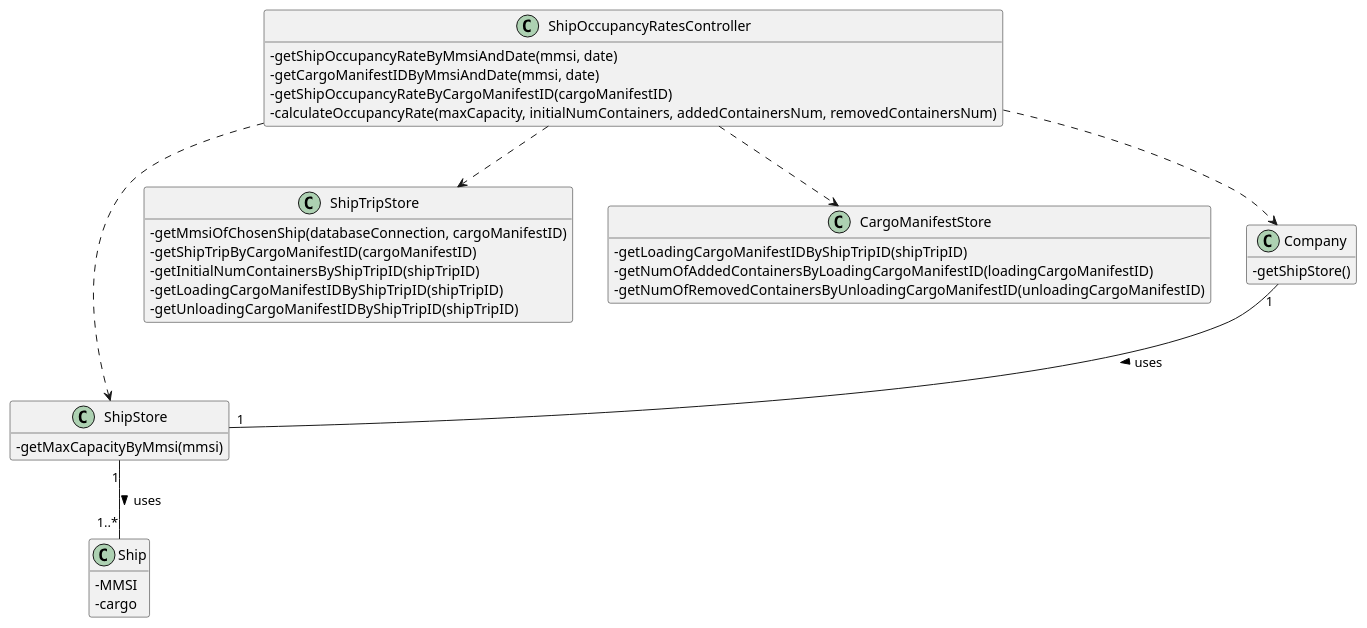
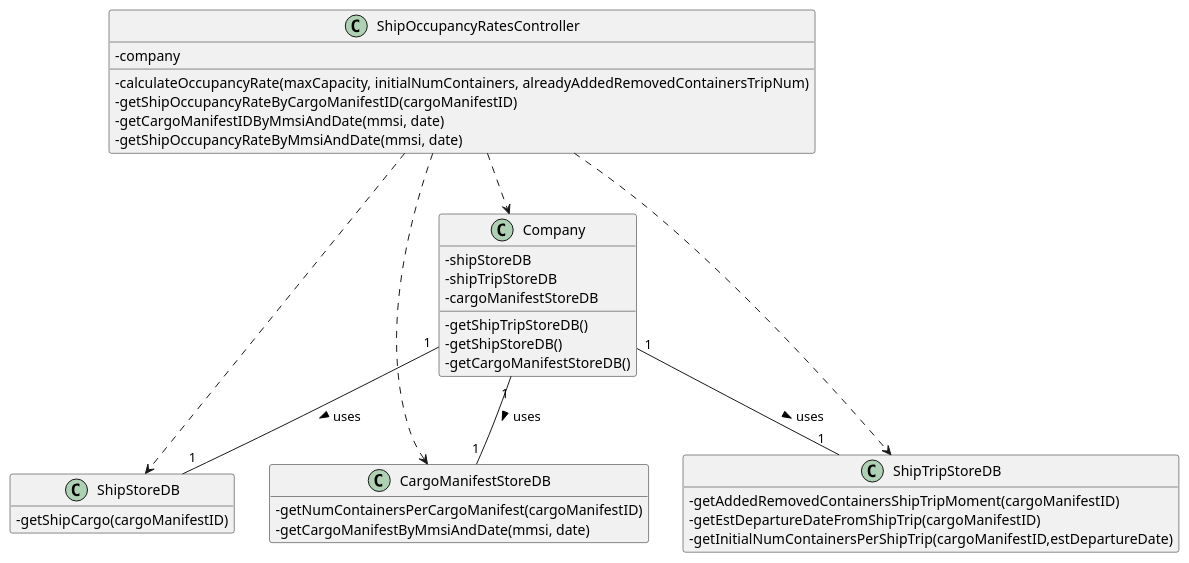
Before and after one commit to ana-albergaria/LAPR3-ISEP: the diagram in docs/US209/US_209_CD.puml, drawn with PlantUML. The commit also changed 3 other files, not shown here.

```diff
--- a/docs/US209/US_209_CD.puml
+++ b/docs/US209/US_209_CD.puml
@@ -1,59 +1,48 @@
 @startuml
 
 hide empty methods
 hide empty attributes
 'left to right direction
 skinparam classAttributeIconSize 0
 
 class ShipOccupancyRatesController{
+- company
+- calculateOccupancyRate(maxCapacity, initialNumContainers, alreadyAddedRemovedContainersTripNum)
+- getShipOccupancyRateByCargoManifestID(cargoManifestID)
+- getCargoManifestIDByMmsiAndDate(mmsi, date)
 - getShipOccupancyRateByMmsiAndDate(mmsi, date)
-- getCargoManifestIDByMmsiAndDate(mmsi, date)
-- getShipOccupancyRateByCargoManifestID(cargoManifestID)
-- calculateOccupancyRate(maxCapacity, initialNumContainers, addedContainersNum, removedContainersNum)
 }
 
-class ShipStore{
-- getMaxCapacityByMmsi(mmsi)
+class ShipStoreDB{
+- getShipCargo(cargoManifestID)
 }
 
-class ShipTripStore{
-- getMmsiOfChosenShip(databaseConnection, cargoManifestID)
-- getShipTripByCargoManifestID(cargoManifestID)
-- getInitialNumContainersByShipTripID(shipTripID)
-- getLoadingCargoManifestIDByShipTripID(shipTripID)
-- getUnloadingCargoManifestIDByShipTripID(shipTripID)
+class ShipTripStoreDB{
+- getAddedRemovedContainersShipTripMoment(cargoManifestID)
+- getEstDepartureDateFromShipTrip(cargoManifestID)
+- getInitialNumContainersPerShipTrip(cargoManifestID,estDepartureDate)
 }
 
-class CargoManifestStore{
-- getLoadingCargoManifestIDByShipTripID(shipTripID)
-- getNumOfAddedContainersByLoadingCargoManifestID(loadingCargoManifestID)
-- getNumOfRemovedContainersByUnloadingCargoManifestID(unloadingCargoManifestID)
+class CargoManifestStoreDB{
+- getNumContainersPerCargoManifest(cargoManifestID)
+- getCargoManifestByMmsiAndDate(mmsi, date)
 }
 
 class Company{
-- getShipStore()
+- shipStoreDB
+- shipTripStoreDB
+- cargoManifestStoreDB
+- getShipTripStoreDB()
+- getShipStoreDB()
+- getCargoManifestStoreDB()
 }
 
-class Ship {
-- MMSI
-- cargo
-}
-
-'class ShipsStore{
-'- findShipByAnyCode(code)
-'}
-
-'class ShipsBST{
-'- findShipByMmsi(MMSI)
-'}
-
-'class BST{}
-
 ShipOccupancyRatesController ..> Company
-ShipOccupancyRatesController ..> ShipStore
-ShipOccupancyRatesController ..> ShipTripStore
-ShipOccupancyRatesController ..> CargoManifestStore
-Company "1" -- "1" ShipStore : uses >
-ShipStore "1" -- "1..*" Ship : uses >
+ShipOccupancyRatesController ..> ShipStoreDB
+ShipOccupancyRatesController ..> ShipTripStoreDB
+ShipOccupancyRatesController ..> CargoManifestStoreDB
+Company "1" -- "1" ShipStoreDB : uses >
+Company "1" -- "1" ShipTripStoreDB : uses >
+Company "1" -- "1" CargoManifestStoreDB : uses >
 
 @enduml
```
